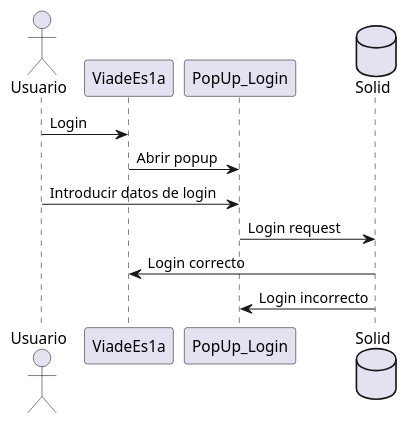
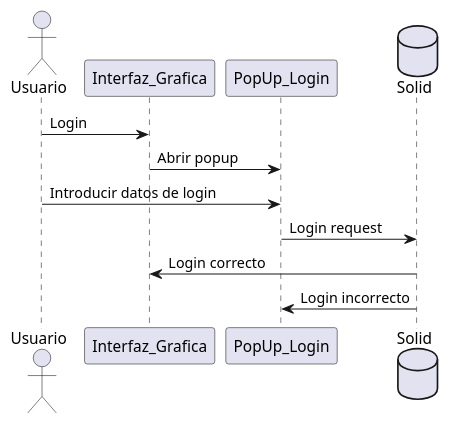
Before and after one commit to Arquisoft/viade_es1a: the first of 4 diagrams in src/docs/06_runtime_view.adoc, drawn with PlantUML. The commit also changed other lines of this file, not shown here.

```diff
--- a/src/docs/06_runtime_view.adoc
+++ b/src/docs/06_runtime_view.adoc
@@ -6,16 +6,16 @@
 [plantuml,Inicio Sesión,png]
 ----
 @startuml
 
 actor Usuario
-Usuario -> ViadeEs1a: Login 
-ViadeEs1a -> PopUp_Login:Abrir popup
+Usuario -> Interfaz_Grafica: Login 
+Interfaz_Grafica -> PopUp_Login:Abrir popup
 Usuario -> PopUp_Login:Introducir datos de login
 database Solid
 PopUp_Login -> Solid:Login request
-Solid -> ViadeEs1a:   Login correcto
+Solid -> Interfaz_Grafica:   Login correcto
 Solid -> PopUp_Login:   Login incorrecto
 
 
 @enduml
 ----
```
